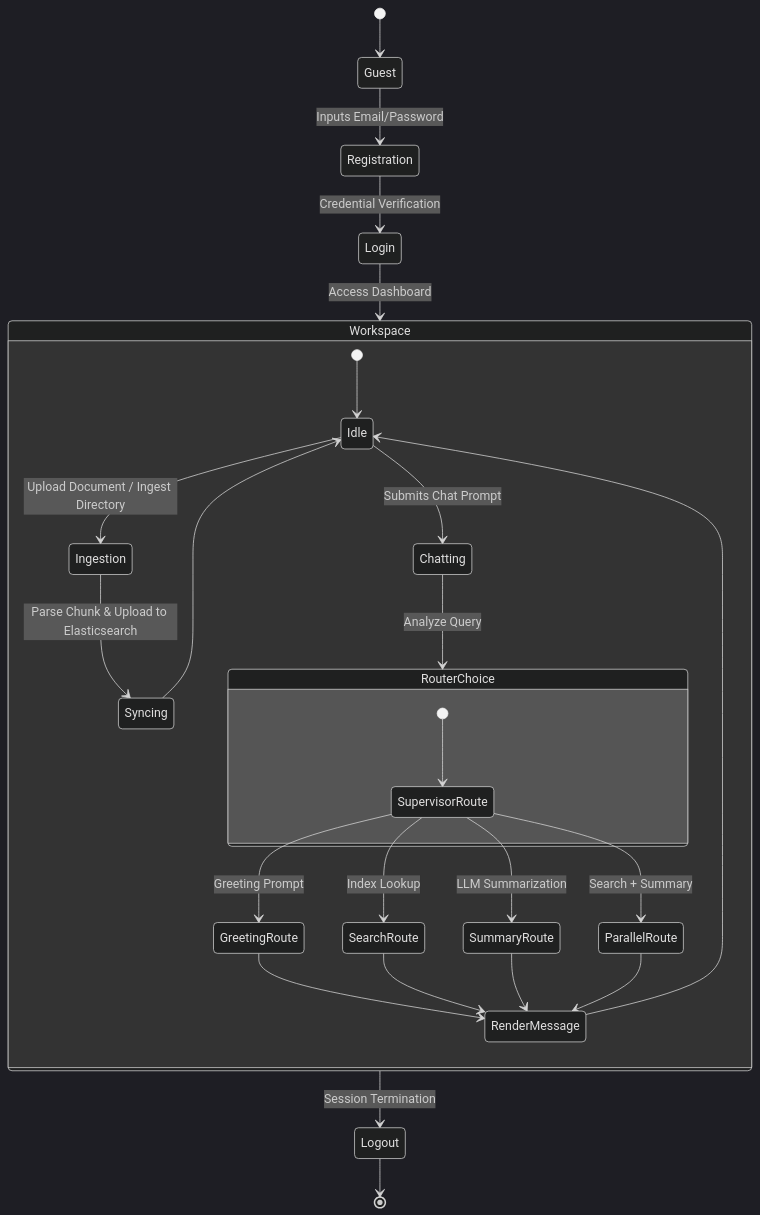
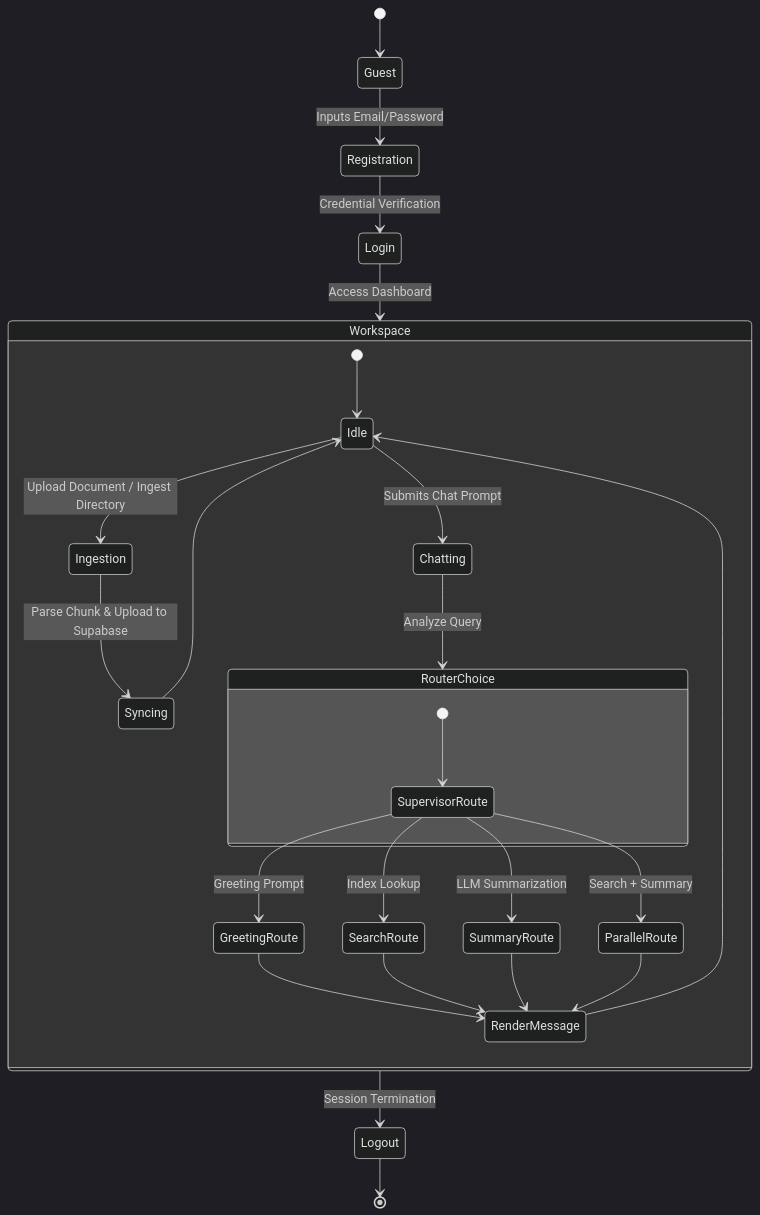
Before and after one commit to Sayan-Official-32/Agentic-Platform: the third of 8 diagrams in docs/system_reference_documentation.md, drawn with Mermaid (dark theme). The commit also changed other lines of this file and 2 other files, not shown here.

````diff
--- a/docs/system_reference_documentation.md
+++ b/docs/system_reference_documentation.md
@@ -197,34 +197,34 @@
 ```mermaid
 stateDiagram-v2
     [*] --> Guest
     Guest --> Registration: Inputs Email/Password
     Registration --> Login: Credential Verification
     Login --> Workspace: Access Dashboard
     
     state Workspace {
         [*] --> Idle
         Idle --> Ingestion: Upload Document / Ingest Directory
-        Ingestion --> Syncing: Parse Chunk & Upload to Elasticsearch
+        Ingestion --> Syncing: Parse Chunk & Upload to Supabase
         Syncing --> Idle
         
         Idle --> Chatting: Submits Chat Prompt
         Chatting --> RouterChoice: Analyze Query
         
         state RouterChoice {
             [*] --> SupervisorRoute
             SupervisorRoute --> GreetingRoute: Greeting Prompt
             SupervisorRoute --> SearchRoute: Index Lookup
             SupervisorRoute --> SummaryRoute: LLM Summarization
             SupervisorRoute --> ParallelRoute: Search + Summary
         }
         
         GreetingRoute --> RenderMessage
         SearchRoute --> RenderMessage
         SummaryRoute --> RenderMessage
         ParallelRoute --> RenderMessage
         RenderMessage --> Idle
     }
 
     Workspace --> Logout: Session Termination
     Logout --> [*]
 ```
````
